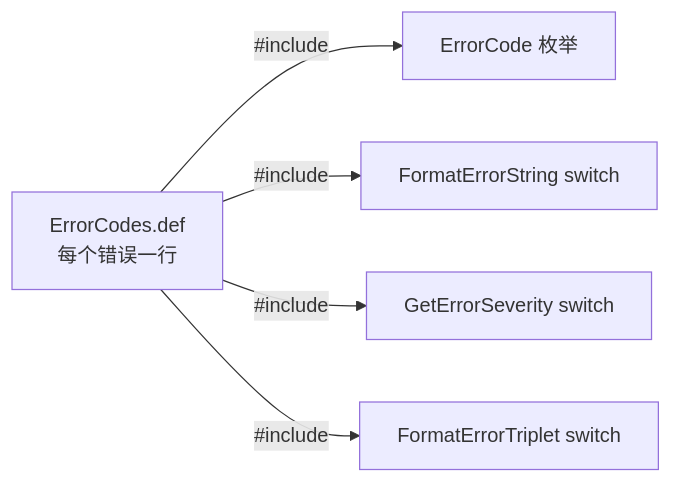
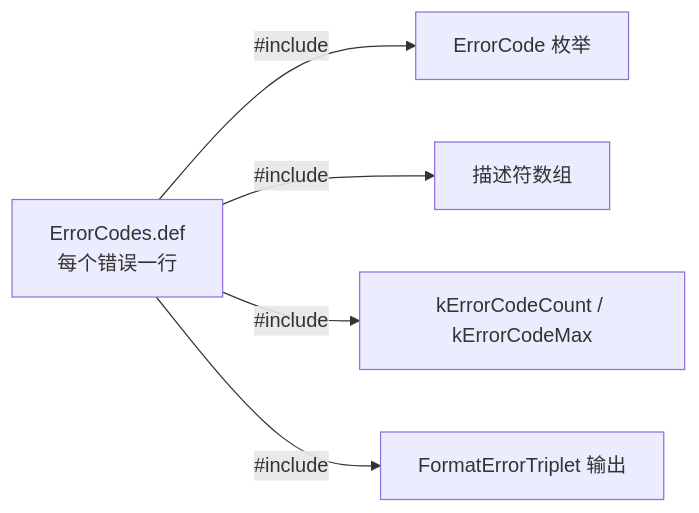
One commit to HyacinthHaru/openppp2 changed the second of 8 diagrams in docs/DIAGNOSTICS_ERROR_SYSTEM_CN.md. Above: the diagram before and after it, drawn with Mermaid. The commit also changed other lines of this file and 16 other files, not shown here.

Commit message:
Continuous improvement and optimization of error code paths, as well as updates to the documentation.

````diff
--- a/docs/DIAGNOSTICS_ERROR_SYSTEM_CN.md
+++ b/docs/DIAGNOSTICS_ERROR_SYSTEM_CN.md
@@ -174,7 +175,7 @@
 ```mermaid
 graph LR
     Def[ErrorCodes.def\n每个错误一行] -->|#include| E1[ErrorCode 枚举]
-    Def -->|#include| E2[FormatErrorString switch]
-    Def -->|#include| E3[GetErrorSeverity switch]
-    Def -->|#include| E4[FormatErrorTriplet switch]
+    Def -->|#include| E2[描述符数组]
+    Def -->|#include| E3[kErrorCodeCount / kErrorCodeMax]
+    Def -->|#include| E4[FormatErrorTriplet 输出]
 ```
````
